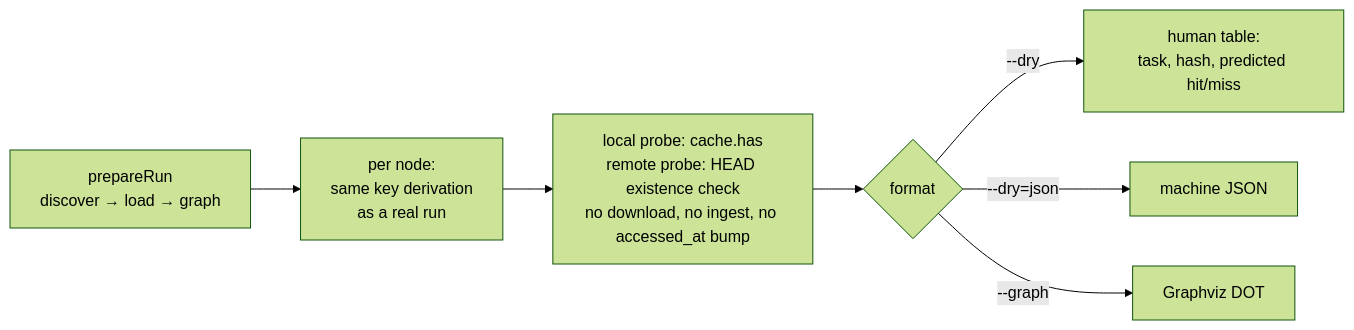
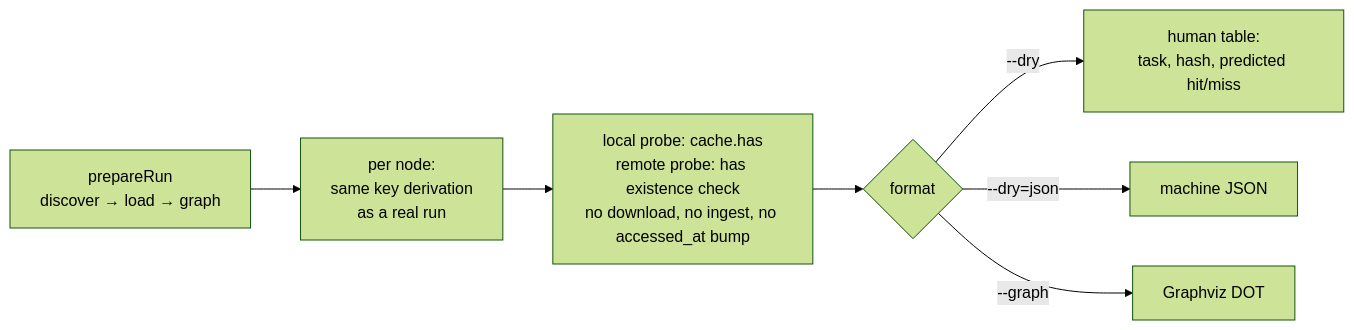
One commit to vznjs/vx changed the tenth of 10 diagrams in packages/vx/docs/flows.md. Above: the diagram before and after it, drawn with Mermaid (forest theme). The commit also changed other lines of this file and 1 other file, not shown here.

First line of the commit message:
docs(caching): fix eight claims in caching.md and flows.md (J-21)

````diff
--- a/packages/vx/docs/flows.md
+++ b/packages/vx/docs/flows.md
@@ -299,9 +299,9 @@
 ```mermaid
 flowchart LR
     A[prepareRun<br/>discover → load → graph] --> B[per node:<br/>same key derivation<br/>as a real run]
-    B --> C[local probe: cache.has<br/>remote probe: HEAD existence check<br/>no download, no ingest, no accessed_at bump]
+    B --> C[local probe: cache.has<br/>remote probe: has existence check<br/>no download, no ingest, no accessed_at bump]
     C --> D{format}
     D -->|--dry| E[human table:<br/>task, hash, predicted hit/miss]
     D -->|--dry=json| F[machine JSON]
     D -->|--graph| G[Graphviz DOT]
 ```
````
